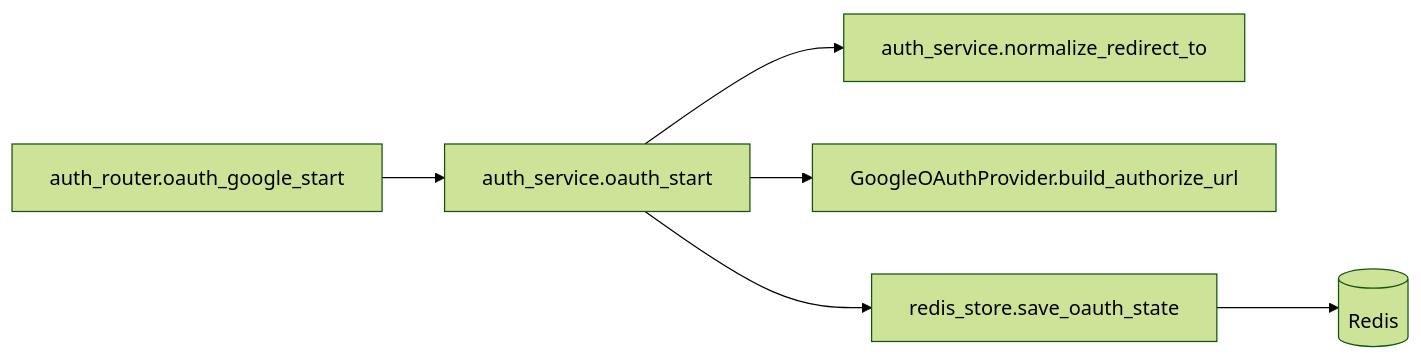
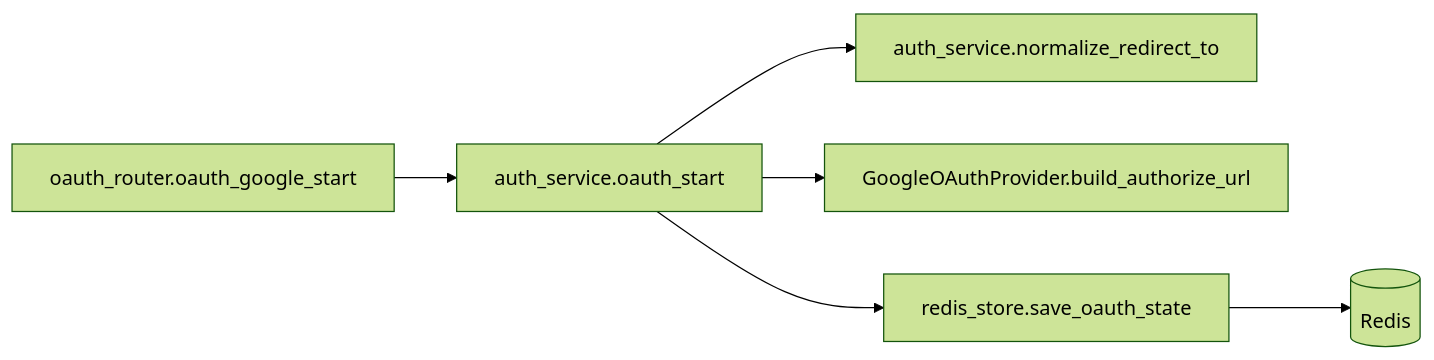
The third of 4 diagrams in docs/detailed_design/api/auth/11_get_auth_oauth_google.md (oikawa-d/task_management), drawn with Mermaid (forest theme) before and after one commit. The commit also changed other lines of this file and 20 other files, not shown here.

First line of the commit message:
feat: [phase] Google OAuth2認証を完了 (#380)

````diff
--- a/docs/detailed_design/api/auth/11_get_auth_oauth_google.md
+++ b/docs/detailed_design/api/auth/11_get_auth_oauth_google.md
@@ -203,8 +203,8 @@
 ```mermaid
 flowchart LR
-    R["auth_router.oauth_google_start"] --> S["auth_service.oauth_start"]
+    R["oauth_router.oauth_google_start"] --> S["auth_service.oauth_start"]
     S --> N["auth_service.normalize_redirect_to"]
     S --> OA["GoogleOAuthProvider.build_authorize_url"]
     S --> RS["redis_store.save_oauth_state"]
     RS --> RD[("Redis")]
 ```
````
